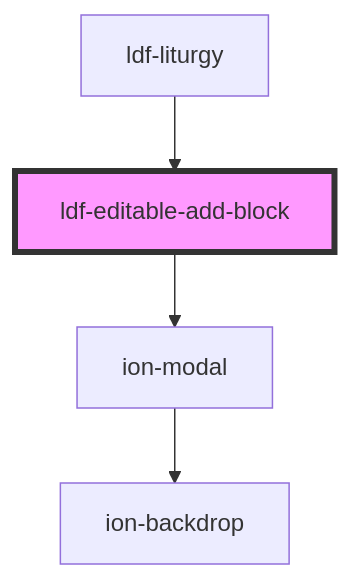
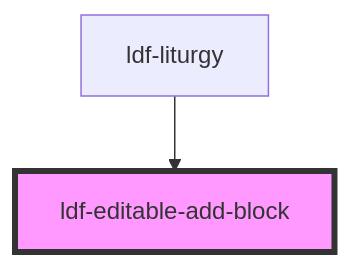
One commit to gbj/venite changed the diagram in components/src/components/editable-add-block/readme.md. Above: the diagram before and after it, drawn with Mermaid. The commit also changed other lines of this file and 7 other files, not shown here.

````diff
--- a/components/src/components/editable-add-block/readme.md
+++ b/components/src/components/editable-add-block/readme.md
@@ -35,7 +31,5 @@
 ```mermaid
 graph TD;
-  ldf-editable-add-block --> ion-modal
-  ion-modal --> ion-backdrop
   ldf-liturgy --> ldf-editable-add-block
   style ldf-editable-add-block fill:#f9f,stroke:#333,stroke-width:4px
 ```
````
